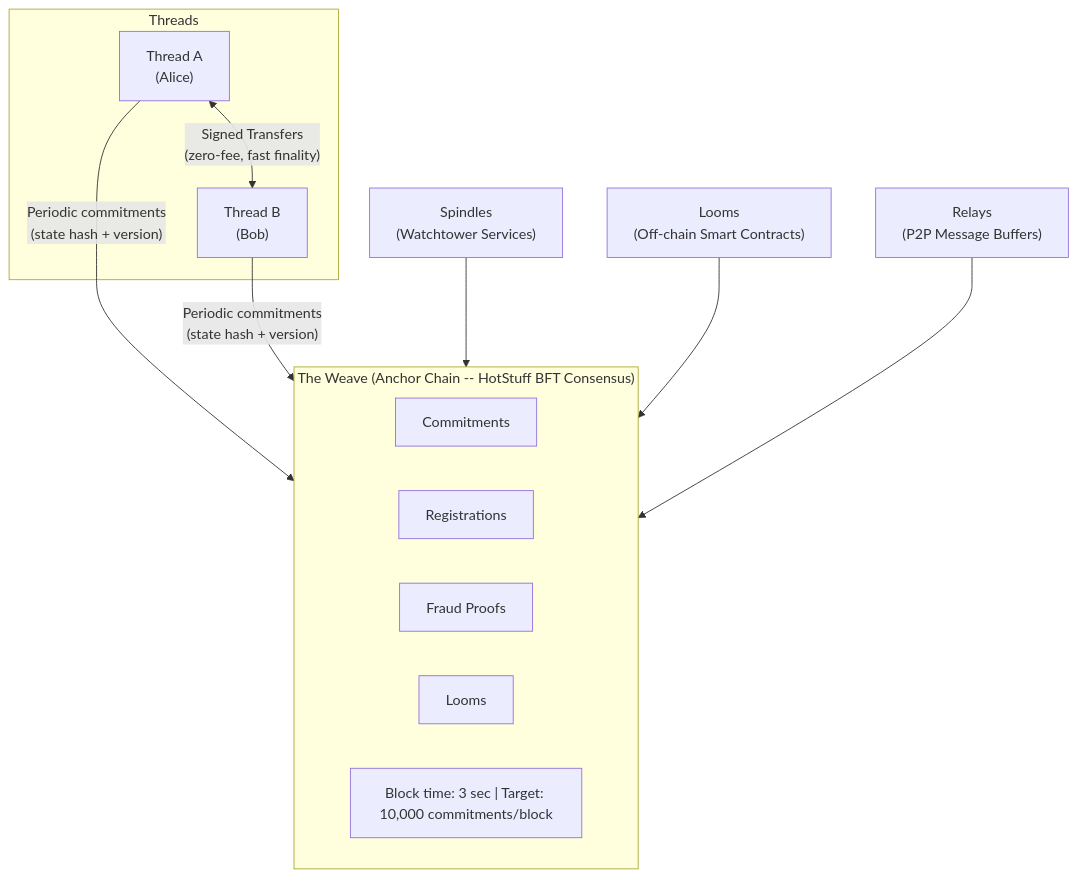
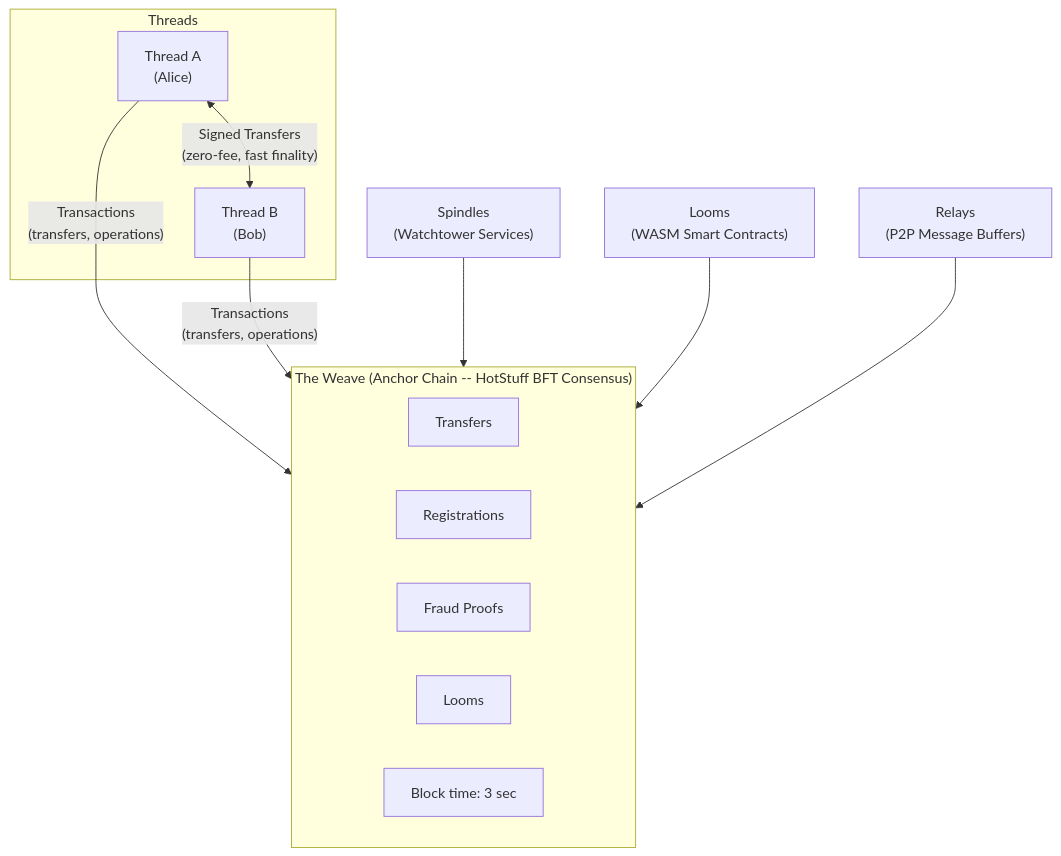
One commit to augmnt/norn-protocol changed the first of 2 diagrams in docs/Norn_Protocol_White_Paper.md. Above: the diagram before and after it, drawn with Mermaid. The commit also changed other lines of this file and 6 other files, not shown here.

````diff
--- a/docs/Norn_Protocol_White_Paper.md
+++ b/docs/Norn_Protocol_White_Paper.md
@@ -111,25 +111,25 @@
 ```mermaid
 flowchart TB
     subgraph Threads
         A["Thread A<br/>(Alice)"]
         B["Thread B<br/>(Bob)"]
     end
 
     A <-->|"Signed Transfers<br/>(zero-fee, fast finality)"| B
 
-    A -->|"Periodic commitments<br/>(state hash + version)"| W
-    B -->|"Periodic commitments<br/>(state hash + version)"| W
+    A -->|"Transactions<br/>(transfers, operations)"| W
+    B -->|"Transactions<br/>(transfers, operations)"| W
 
     subgraph W["The Weave (Anchor Chain -- HotStuff BFT Consensus)"]
         direction LR
-        C[Commitments]
+        T[Transfers]
         R[Registrations]
         F[Fraud Proofs]
         L2[Looms]
-        META["Block time: 3 sec | Target: 10,000 commitments/block"]
+        META["Block time: 3 sec"]
     end
 
     SP["Spindles<br/>(Watchtower Services)"] --> W
-    LM["Looms<br/>(Off-chain Smart Contracts)"] --> W
+    LM["Looms<br/>(WASM Smart Contracts)"] --> W
     RL["Relays<br/>(P2P Message Buffers)"] --> W
 ```
````
